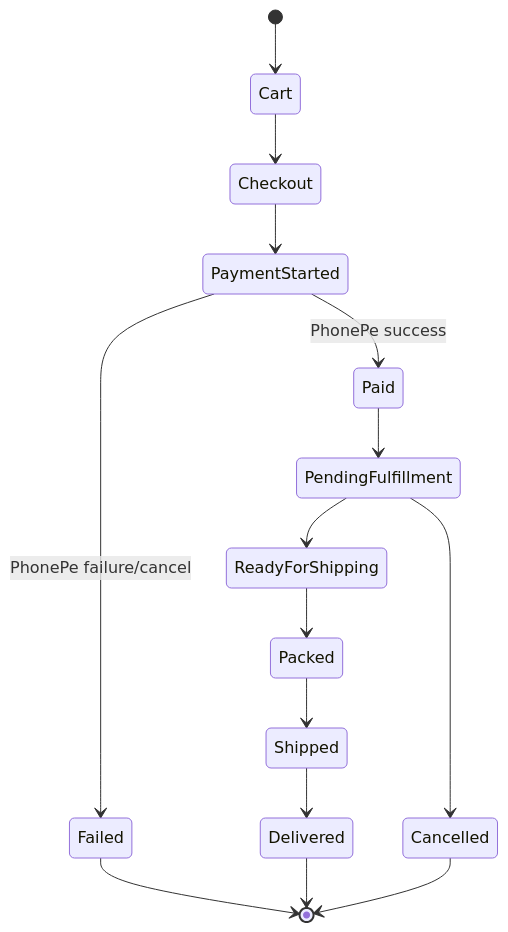
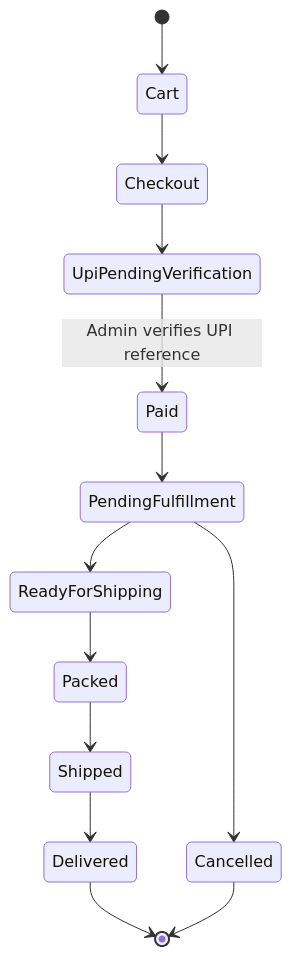
Before and after one commit to nikacreations0927/NikaArtStudio: the eighth of 18 diagrams in ADMIN_USER_GUIDE.md, drawn with Mermaid. The commit also changed other lines of this file and 13 other files, not shown here.

Commit message:
Switch checkout to manual UPI verification

````diff
--- a/ADMIN_USER_GUIDE.md
+++ b/ADMIN_USER_GUIDE.md
@@ -207,17 +207,15 @@
 ```mermaid
 stateDiagram-v2
   [*] --> Cart
   Cart --> Checkout
-  Checkout --> PaymentStarted
-  PaymentStarted --> Paid: PhonePe success
-  PaymentStarted --> Failed: PhonePe failure/cancel
+  Checkout --> UpiPendingVerification
+  UpiPendingVerification --> Paid: Admin verifies UPI reference
   Paid --> PendingFulfillment
   PendingFulfillment --> ReadyForShipping
   ReadyForShipping --> Packed
   Packed --> Shipped
   Shipped --> Delivered
   PendingFulfillment --> Cancelled
-  Failed --> [*]
   Delivered --> [*]
   Cancelled --> [*]
 ```
````
